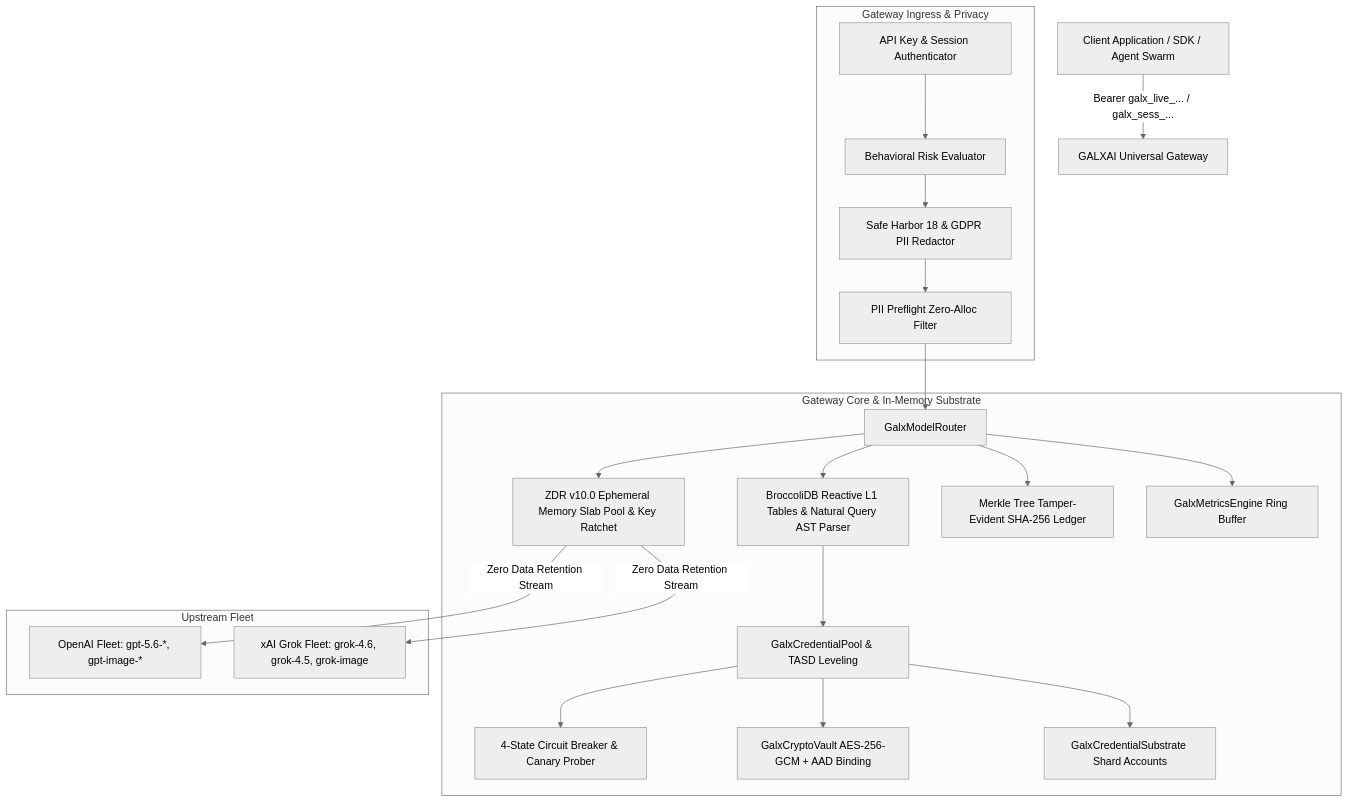
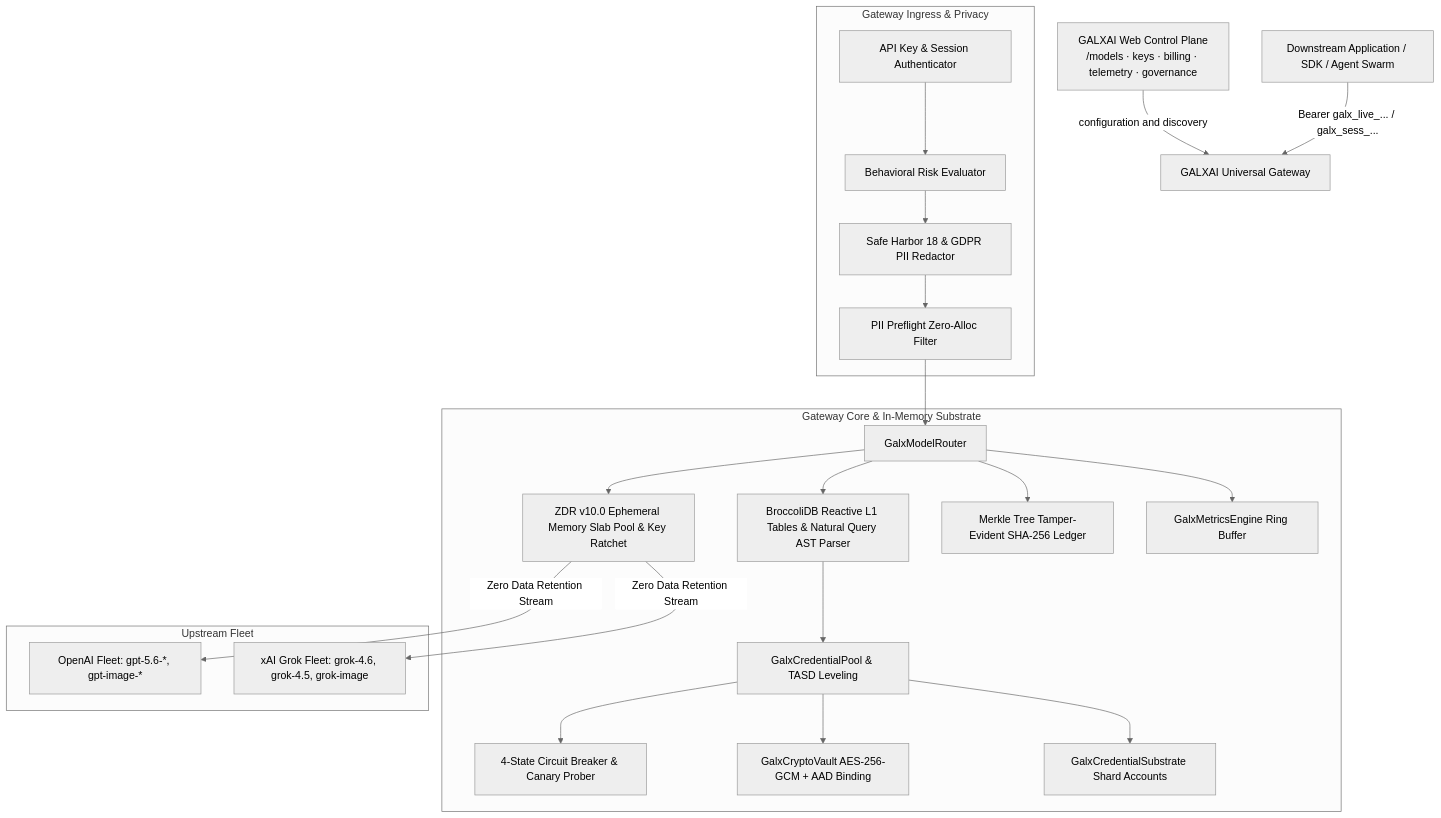
One commit to CardSorting/GALXAI changed the first of 9 diagrams in docs/ARCHITECTURE.md. Above: the diagram before and after it, drawn with Mermaid (neutral theme). The commit also changed other lines of this file and 156 other files, not shown here.

````diff
--- a/docs/ARCHITECTURE.md
+++ b/docs/ARCHITECTURE.md
@@ -11,28 +11,29 @@
 ```mermaid
 flowchart TD
-    Client[Client Application / SDK / Agent Swarm] -->|Bearer galx_live_... / galx_sess_...| Gateway[GALXAI Universal Gateway]
+    ControlPlane[GALXAI Web Control Plane<br/>/models · keys · billing · telemetry · governance] -->|configuration and discovery| Gateway[GALXAI Universal Gateway]
+    Client[Downstream Application / SDK / Agent Swarm] -->|Bearer galx_live_... / galx_sess_...| Gateway
     
     subgraph Gateway Ingress & Privacy
         Auth[API Key & Session Authenticator] --> Risk[Behavioral Risk Evaluator]
         Risk --> Redactor[Safe Harbor 18 & GDPR PII Redactor]
         Redactor --> Preflight[PII Preflight Zero-Alloc Filter]
     end
     
     subgraph Gateway Core & In-Memory Substrate
         Preflight --> Router[GalxModelRouter]
         Router --> BDB[BroccoliDB Reactive L1 Tables & Natural Query AST Parser]
         BDB --> Pool[GalxCredentialPool & TASD Leveling]
         Pool --> Breaker[4-State Circuit Breaker & Canary Prober]
         Pool --> Vault[GalxCryptoVault AES-256-GCM + AAD Binding]
         Pool --> Substrate[GalxCredentialSubstrate Shard Accounts]
         
         Router --> ZDR[ZDR v10.0 Ephemeral Memory Slab Pool & Key Ratchet]
         Router --> Merkle[Merkle Tree Tamper-Evident SHA-256 Ledger]
         Router --> Metrics[GalxMetricsEngine Ring Buffer]
     end
     
     subgraph Upstream Fleet
         ZDR -->|Zero Data Retention Stream| OA[OpenAI Fleet: gpt-5.6-*, gpt-image-*]
         ZDR -->|Zero Data Retention Stream| Grok[xAI Grok Fleet: grok-4.6, grok-4.5, grok-image]
     end
 ```
````
